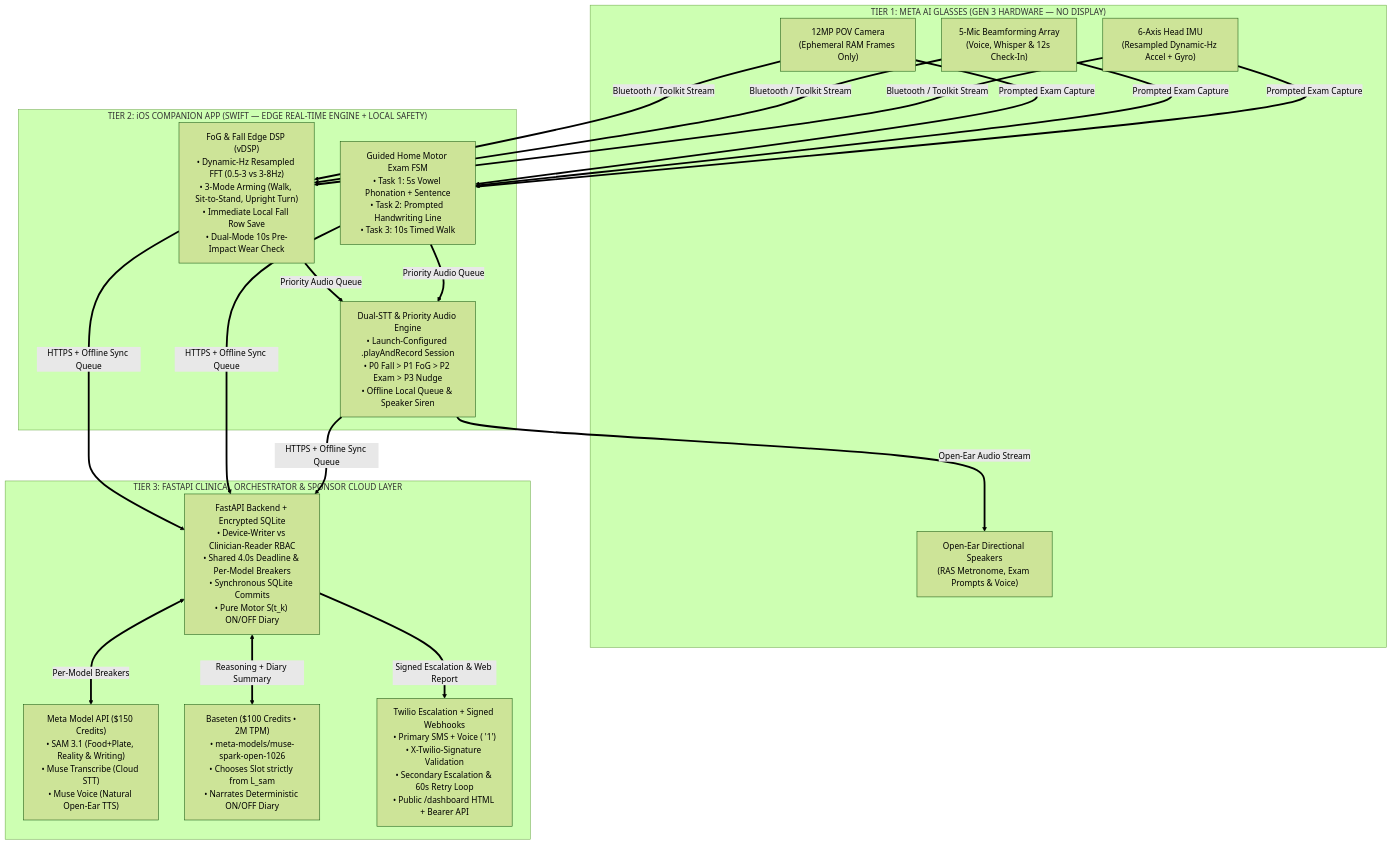
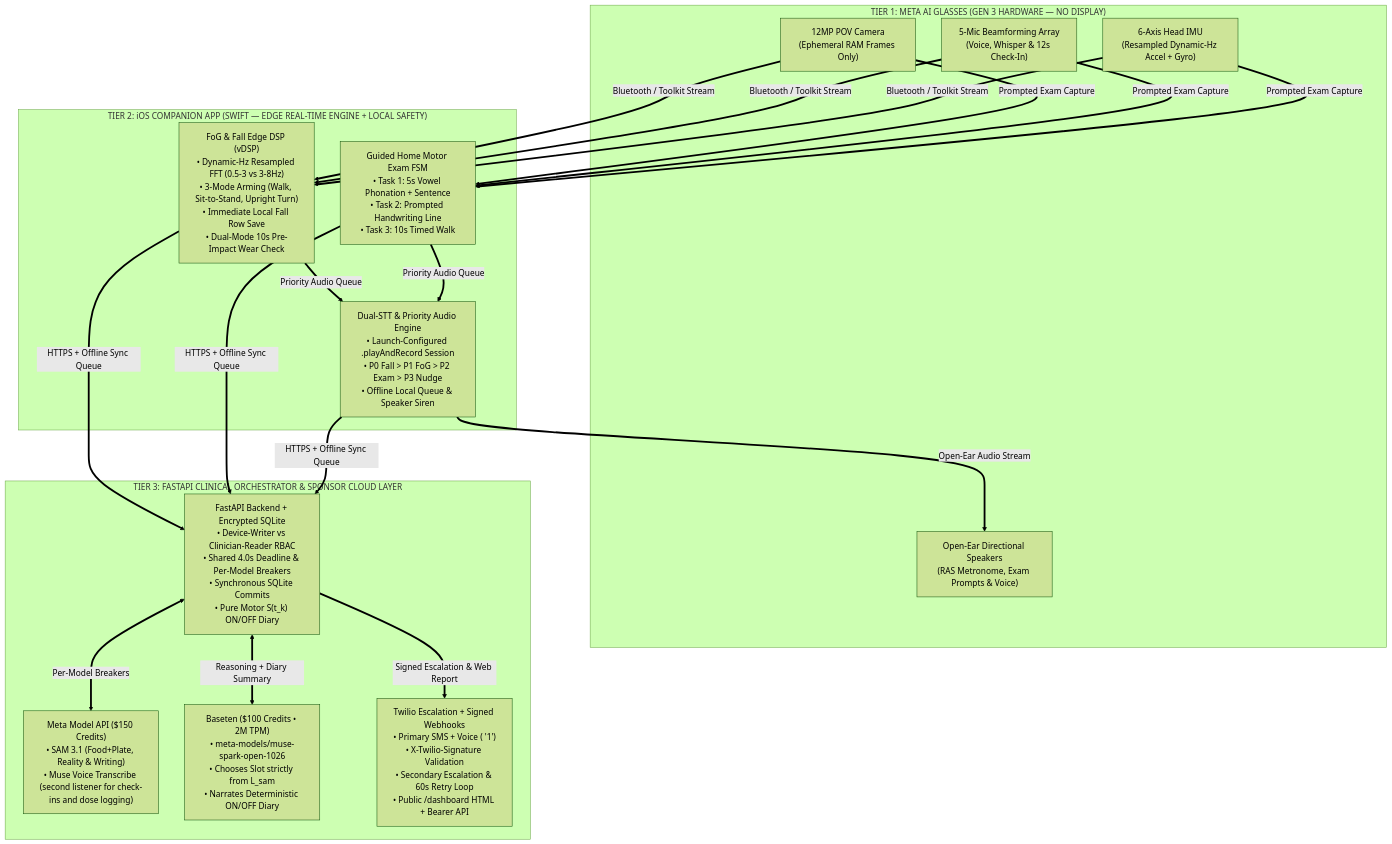
The diagram in docs/IMPLEMENTATION_PLAN.md (theloopsmith/Cadence), drawn with Mermaid (forest theme) before and after one commit. The commit also changed other lines of this file and 71 other files, not shown here.

Commit message:
Implement authentication, Meta Muse Transcribe, wellness language, background audio, PDF export, and expanded test suite

````diff
--- a/docs/IMPLEMENTATION_PLAN.md
+++ b/docs/IMPLEMENTATION_PLAN.md
@@ -20,31 +20,31 @@
 ```mermaid
 flowchart TB
     subgraph T1["TIER 1: META AI GLASSES (GEN 3 HARDWARE — NO DISPLAY)"]
         CAM["12MP POV Camera<br/>(Ephemeral RAM Frames Only)"]
         MIC["5-Mic Beamforming Array<br/>(Voice, Whisper & 12s Check-In)"]
         IMU["6-Axis Head IMU<br/>(Resampled Dynamic-Hz Accel + Gyro)"]
         SPK["Open-Ear Directional Speakers<br/>(RAS Metronome, Exam Prompts & Voice)"]
     end
 
     subgraph T2["TIER 2: iOS COMPANION APP (SWIFT — EDGE REAL-TIME ENGINE + LOCAL SAFETY)"]
         DSP["FoG & Fall Edge DSP (vDSP)<br/>• Dynamic-Hz Resampled FFT (0.5-3 vs 3-8Hz)<br/>• 3-Mode Arming (Walk, Sit-to-Stand, Upright Turn)<br/>• Immediate Local Fall Row Save<br/>• Dual-Mode 10s Pre-Impact Wear Check"]
         EXAM["Guided Home Motor Exam FSM<br/>• Task 1: 5s Vowel Phonation + Sentence<br/>• Task 2: Prompted Handwriting Line<br/>• Task 3: 10s Timed Walk"]
         VOICE["Dual-STT & Priority Audio Engine<br/>• Launch-Configured .playAndRecord Session<br/>• P0 Fall > P1 FoG > P2 Exam > P3 Nudge<br/>• Offline Local Queue & Speaker Siren"]
     end
 
     subgraph T3["TIER 3: FASTAPI CLINICAL ORCHESTRATOR & SPONSOR CLOUD LAYER"]
         API["FastAPI Backend + Encrypted SQLite<br/>• Device-Writer vs Clinician-Reader RBAC<br/>• Shared 4.0s Deadline & Per-Model Breakers<br/>• Synchronous SQLite Commits<br/>• Pure Motor S(t_k) ON/OFF Diary"]
-        META["Meta Model API ($150 Credits)<br/>• SAM 3.1 (Food+Plate, Reality & Writing)<br/>• Muse Transcribe (Cloud STT)<br/>• Muse Voice (Natural Open-Ear TTS)"]
+        META["Meta Model API ($150 Credits)<br/>• SAM 3.1 (Food+Plate, Reality & Writing)<br/>• Muse Voice Transcribe (second listener for check-ins and dose logging)"]
         BASE["Baseten ($100 Credits • 2M TPM)<br/>• meta-models/muse-spark-open-1026<br/>• Chooses Slot strictly from L_sam<br/>• Narrates Deterministic ON/OFF Diary"]
         TWILIO["Twilio Escalation + Signed Webhooks<br/>• Primary SMS + Voice (<Gather> '1')<br/>• X-Twilio-Signature Validation<br/>• Secondary Escalation & 60s Retry Loop<br/>• Public /dashboard HTML + Bearer API"]
     end
 
     CAM & MIC & IMU ==>|Bluetooth / Toolkit Stream| DSP
     CAM & MIC & IMU ==>|Prompted Exam Capture| EXAM
     DSP & EXAM ==>|Priority Audio Queue| VOICE
     VOICE ==>|Open-Ear Audio Stream| SPK
     DSP & EXAM & VOICE ==>|HTTPS + Offline Sync Queue| API
     API <==>|Per-Model Breakers| META
     API <==>|Reasoning + Diary Summary| BASE
     API ==>|Signed Escalation & Web Report| TWILIO
 ```
````
